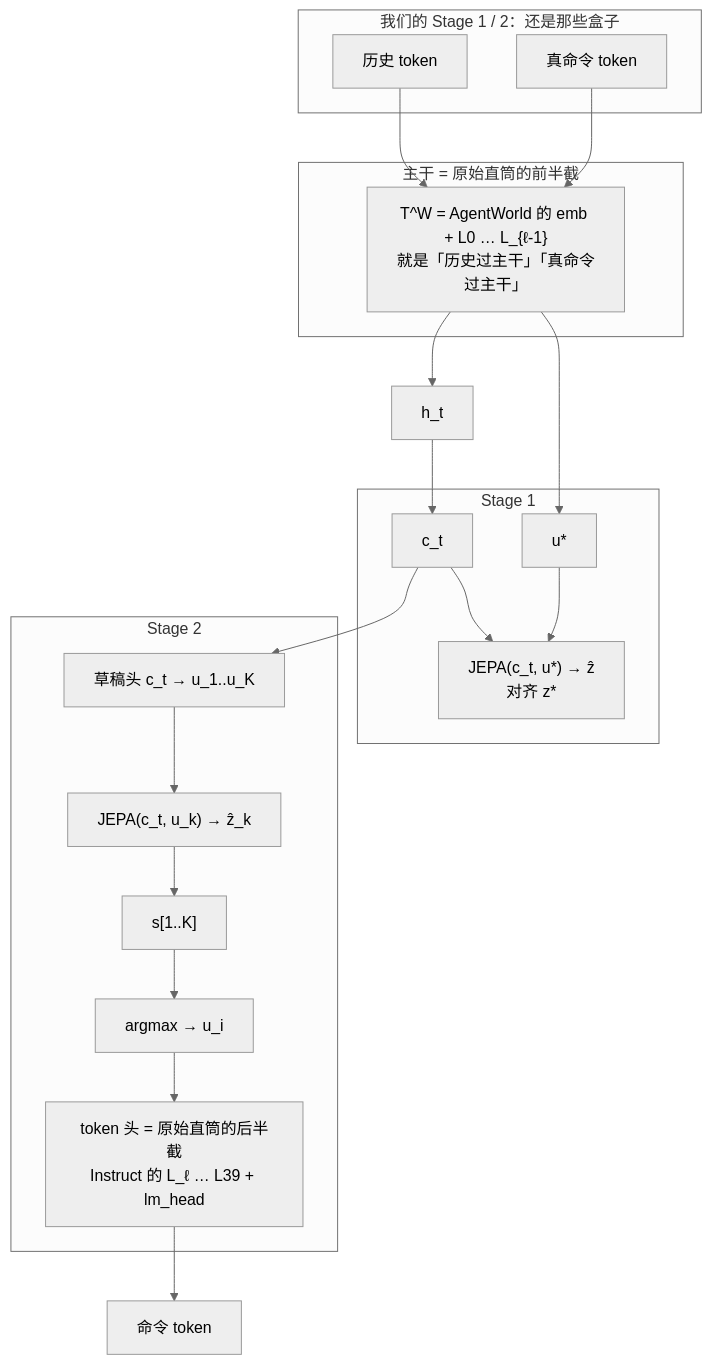
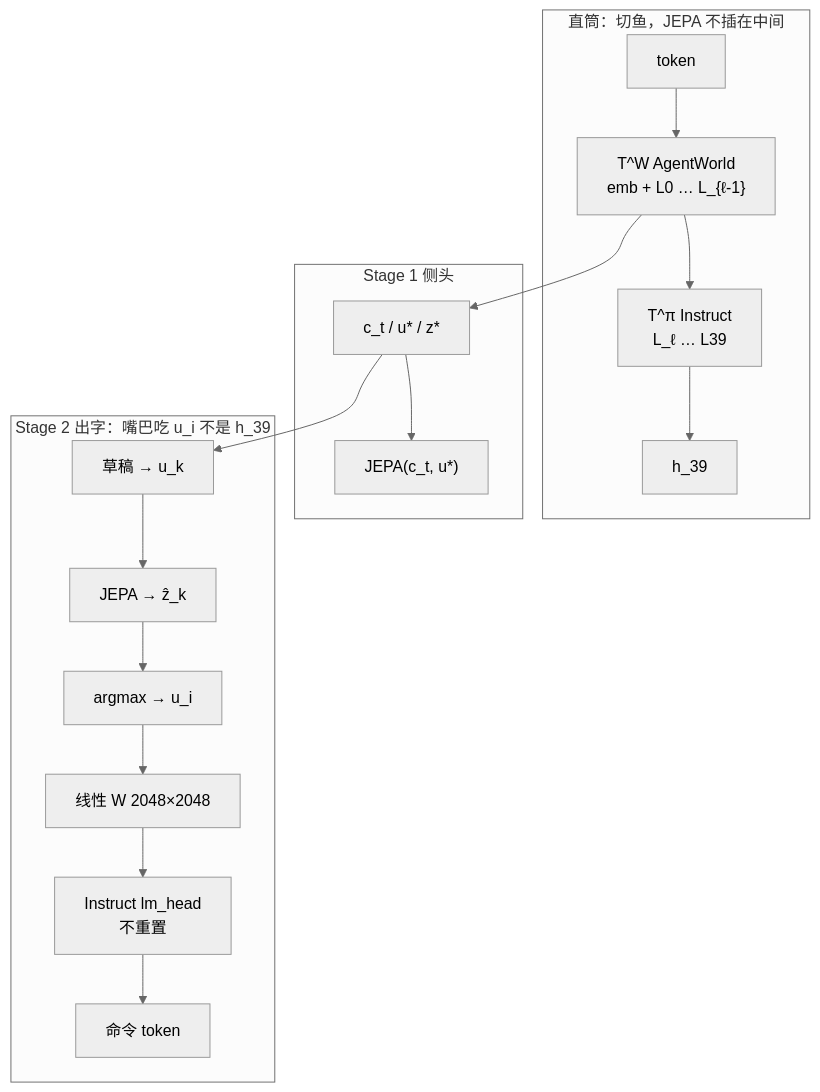
The first of 2 diagrams in AGENTS.md (MegaGimen/BIV), drawn with Mermaid (neutral theme) before and after one commit. The commit also changed other lines of this file and 1 other file, not shown here.

First line of the commit message:
Record the backbone cut and linear W into Instruct lm_head.

````diff
--- a/AGENTS.md
+++ b/AGENTS.md
@@ -208,35 +198,23 @@
 ```mermaid
 flowchart TD
-    subgraph sg_in["我们的 Stage 1 / 2：还是那些盒子"]
-        H["历史 token"]
-        USTAR["真命令 token"]
+    subgraph sg_pipe["直筒：切鱼，JEPA 不插在中间"]
+        TOK["token"] --> TW["T^W AgentWorld<br/>emb + L0 … L_{ℓ-1}"]
+        TW --> TP["T^π Instruct<br/>L_ℓ … L39"]
+        TP --> H39["h_39"]
     end
 
-    H --> TW
-    USTAR --> TW
+    TW --> CT["c_t / u* / z*"]
 
-    subgraph sg_tw["主干 = 原始直筒的前半截"]
-        TW["T^W = AgentWorld 的 emb + L0 … L_{ℓ-1}<br/>就是「历史过主干」「真命令过主干」"]
+    subgraph sg_s1["Stage 1 侧头"]
+        CT --> JEPA1["JEPA(c_t, u*)"]
     end
 
-    TW --> HT["h_t"]
-    HT --> CT["c_t"]
-    TW --> UENC["u*"]
-
-    subgraph sg_s1["Stage 1"]
-        JEPA1["JEPA(c_t, u*) → ẑ<br/>对齐 z*"]
-        CT --> JEPA1
-        UENC --> JEPA1
+    subgraph sg_s2["Stage 2 出字：嘴巴吃 u_i 不是 h_39"]
+        CT --> DRAFT["草稿 → u_k"]
+        DRAFT --> JEPA2["JEPA → ẑ_k"]
+        JEPA2 --> ARG["argmax → u_i"]
+        ARG --> LIN["线性 W 2048×2048"]
+        LIN --> LMH["Instruct lm_head<br/>不重置"]
+        LMH --> CMD["命令 token"]
     end
-
-    subgraph sg_s2["Stage 2"]
-        DRAFT["草稿头 c_t → u_1..u_K"]
-        CT --> DRAFT
-        DRAFT --> JEPA2["JEPA(c_t, u_k) → ẑ_k"]
-        JEPA2 --> SC["s[1..K]"]
-        SC --> ARG["argmax → u_i"]
-        ARG --> TP["token 头 = 原始直筒的后半截<br/>Instruct 的 L_ℓ … L39 + lm_head"]
-    end
-
-    TP --> ACT["命令 token"]
 ```
````
